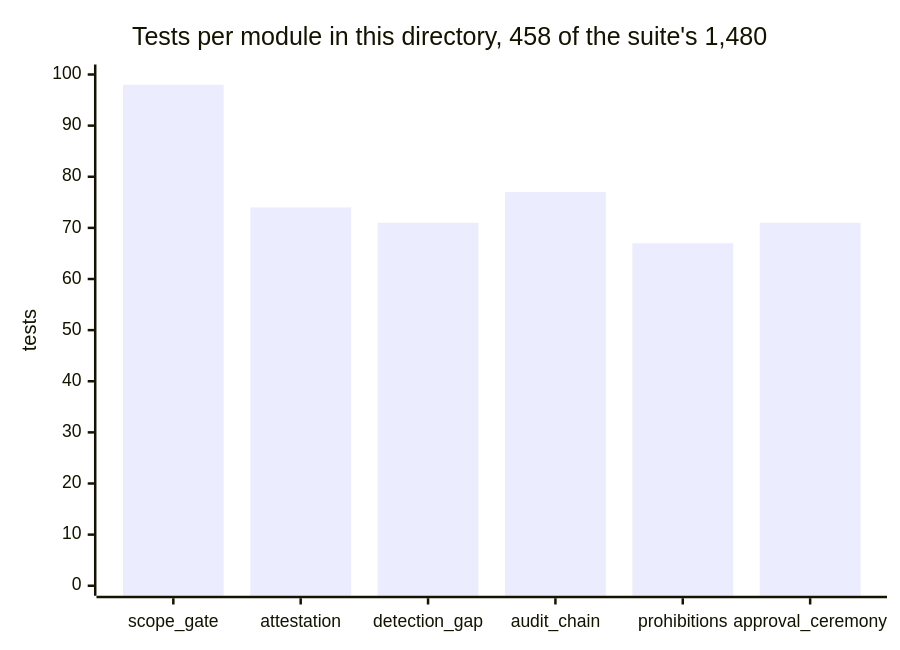
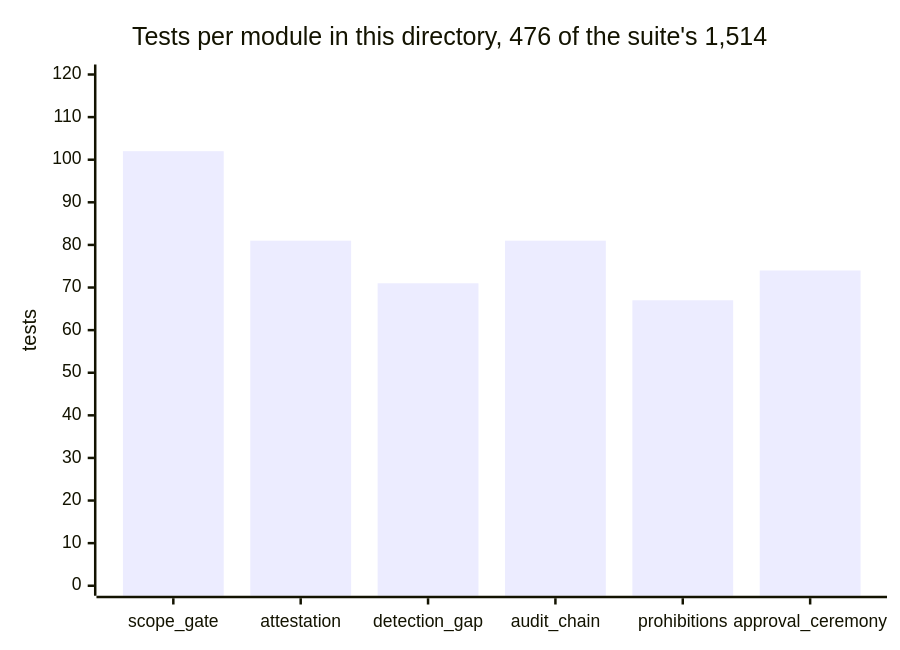
The ninth of 10 diagrams in blackgate/README.md (greeklinux/Showcase), drawn with Mermaid before and after one commit. The commit also changed other lines of this file and 26 other files, not shown here.

````diff
--- a/blackgate/README.md
+++ b/blackgate/README.md
@@ -827,7 +844,7 @@
 ```mermaid
 xychart-beta
-    title "Tests per module in this directory, 458 of the suite's 1,480"
+    title "Tests per module in this directory, 476 of the suite's 1,514"
     x-axis ["scope_gate", "attestation", "detection_gap", "audit_chain", "prohibitions", "approval_ceremony"]
-    y-axis "tests" 0 --> 100
-    bar [98, 74, 71, 77, 67, 71]
+    y-axis "tests" 0 --> 120
+    bar [102, 81, 71, 81, 67, 74]
 ```
````
